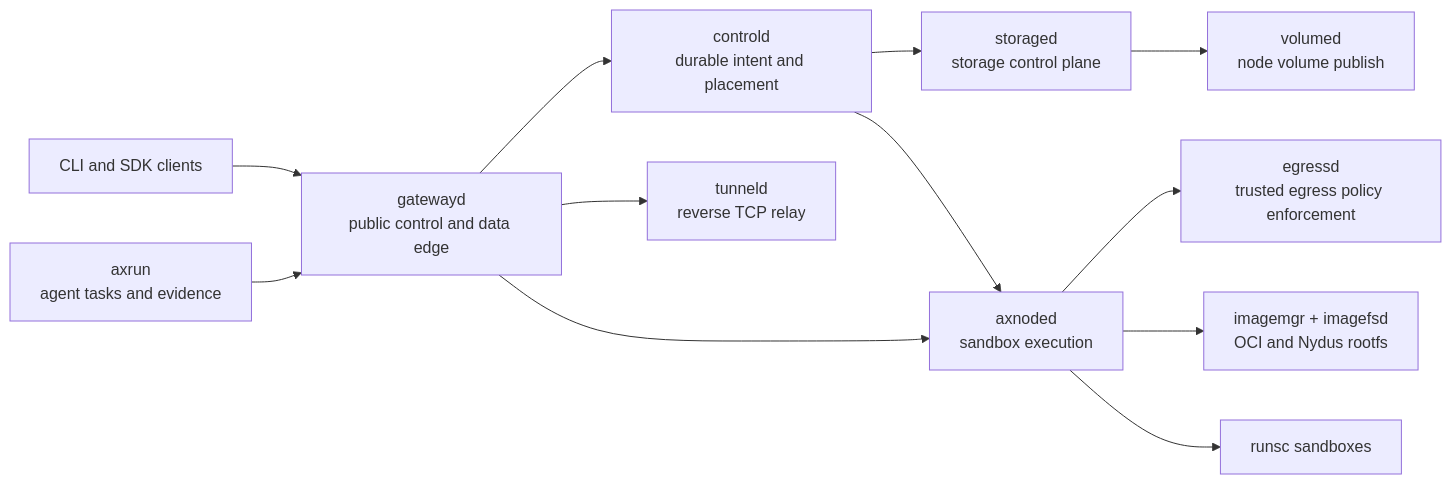
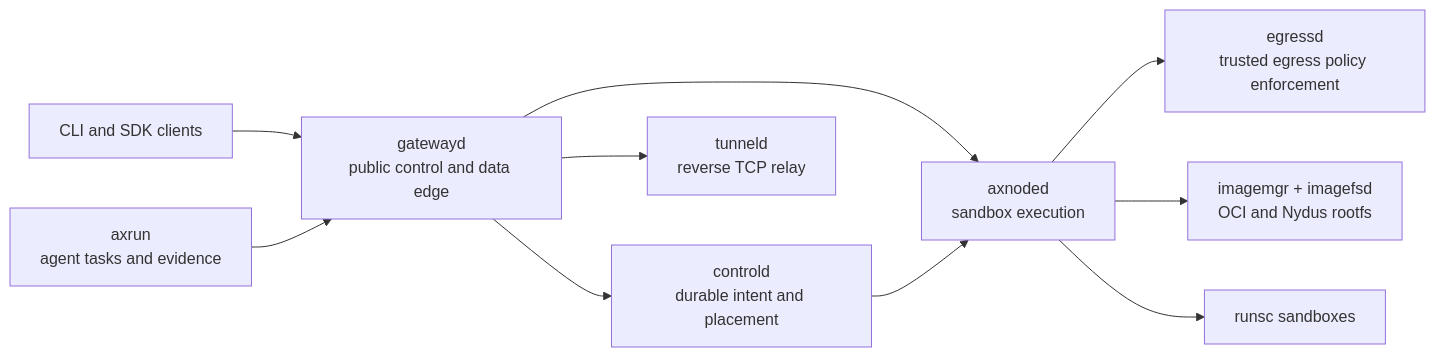
Before and after one commit to cofy-x/axern: the diagram in README.md, drawn with Mermaid. The commit also changed other lines of this file and 421 other files, not shown here.

Commit message:
refactor(storage): retire persistent volume subsystem

````diff
--- a/README.md
+++ b/README.md
@@ -93,14 +93,12 @@
 ```mermaid
 flowchart LR
     Client["CLI and SDK clients"] --> Gateway["gatewayd\npublic control and data edge"]
     Gateway --> Control["controld\ndurable intent and placement"]
     Gateway --> Tunnel["tunneld\nreverse TCP relay"]
     Gateway --> Node["axnoded\nsandbox execution"]
-    Control --> Storage["storaged\nstorage control plane"]
     Control --> Node
-    Storage --> Volume["volumed\nnode volume publish"]
     Node --> Egress["egressd\ntrusted egress policy enforcement"]
     Node --> Image["imagemgr + imagefsd\nOCI and Nydus rootfs"]
     Node --> Runtime["runsc sandboxes"]
     Axrun["axrun\nagent tasks and evidence"] --> Gateway
 ```
````
